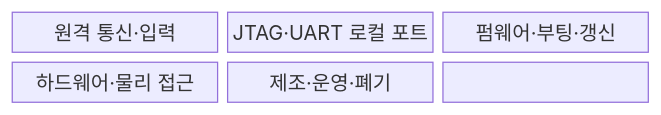
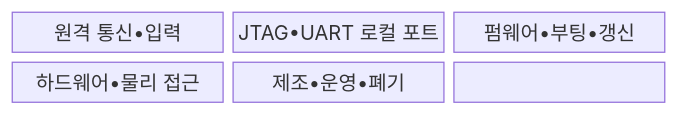
Before and after one commit to agnusdei1207/knowledge-base: the first of 2 diagrams in src/content/docs/notes/05-security/125_embedded_security_vulnerabilities.md, drawn with Mermaid. The commit also changed other lines of this file and 953 other files, not shown here.

````diff
--- a/src/content/docs/notes/05-security/125_embedded_security_vulnerabilities.md
+++ b/src/content/docs/notes/05-security/125_embedded_security_vulnerabilities.md
@@ -65,11 +65,11 @@
 ```mermaid
 block-beta
   columns 3
-  R["원격 통신·입력"]
-  L["JTAG·UART 로컬 포트"]
-  F["펌웨어·부팅·갱신"]
-  H["하드웨어·물리 접근"]
-  O["제조·운영·폐기"]
+  R["원격 통신•입력"]
+  L["JTAG•UART 로컬 포트"]
+  F["펌웨어•부팅•갱신"]
+  H["하드웨어•물리 접근"]
+  O["제조•운영•폐기"]
   R --- L --- F
   F --- H --- O
 ```
````
